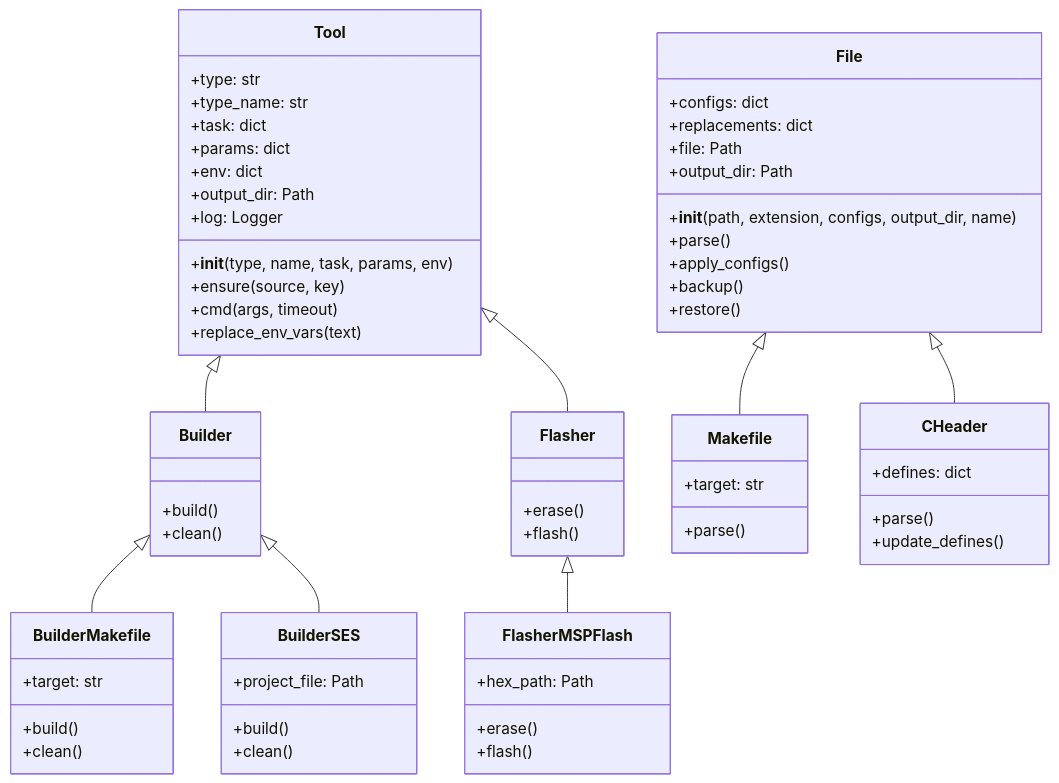
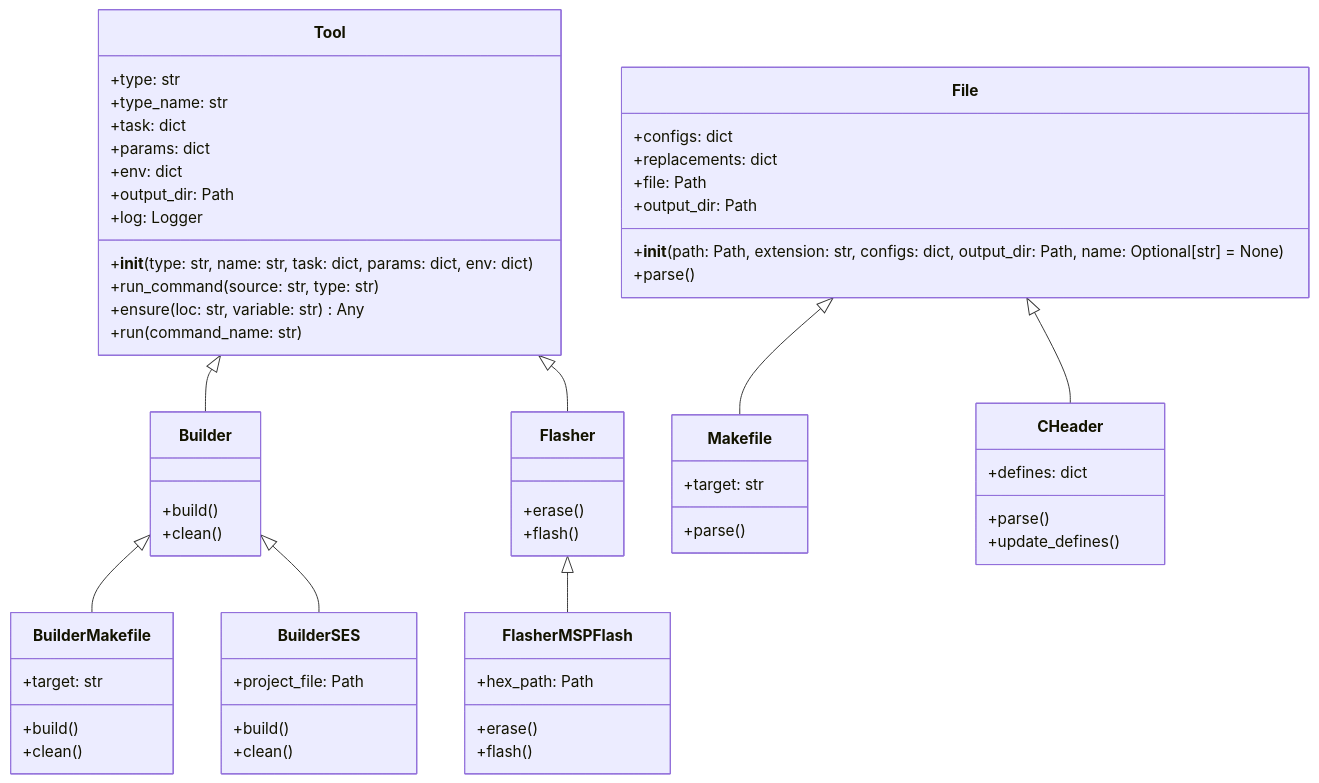
One commit to WULPUS/python_testbench changed the fourth of 4 diagrams in README.md. Above: the diagram before and after it, drawn with Mermaid. The commit also changed other lines of this file and 1 other file, not shown here.

````diff
--- a/README.md
+++ b/README.md
@@ -176,78 +612,75 @@
 ```mermaid
 classDiagram
     class Tool {
         +type: str
         +type_name: str
         +task: dict
         +params: dict
         +env: dict
         +output_dir: Path
         +log: Logger
         
-        +__init__(type, name, task, params, env)
-        +ensure(source, key)
-        +cmd(args, timeout)
-        +replace_env_vars(text)
+        +__init__(type: str, name: str, task: dict, params: dict, env: dict)
+        +run_command(source: str, type: str)
+        +ensure(loc: str, variable: str) Any
+        +run(command_name: str)
     }
     
     class Builder {
         +build()
         +clean()
     }
     
     class Flasher {
         +erase()
         +flash()
     }
     
     class BuilderMakefile {
         +target: str
         +build()
         +clean()
     }
     
     class BuilderSES {
         +project_file: Path
         +build()
         +clean()
     }
     
     class FlasherMSPFlash {
         +hex_path: Path
         +erase()
         +flash()
     }
     
     class File {
         +configs: dict
         +replacements: dict
         +file: Path
         +output_dir: Path
         
-        +__init__(path, extension, configs, output_dir, name)
+        +__init__(path: Path, extension: str, configs: dict, output_dir: Path, name: Optional[str] = None)
         +parse()
-        +apply_configs()
-        +backup()
-        +restore()
     }
     
     class Makefile {
         +target: str
         +parse()
     }
     
     class CHeader {
         +defines: dict
         +parse()
         +update_defines()
     }
     
     Tool <|-- Builder
     Tool <|-- Flasher
     Builder <|-- BuilderMakefile
     Builder <|-- BuilderSES
     Flasher <|-- FlasherMSPFlash
     
     File <|-- Makefile
     File <|-- CHeader
 ```
````
